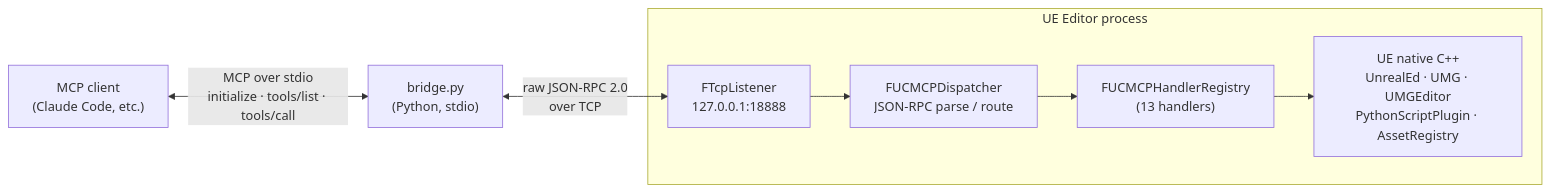
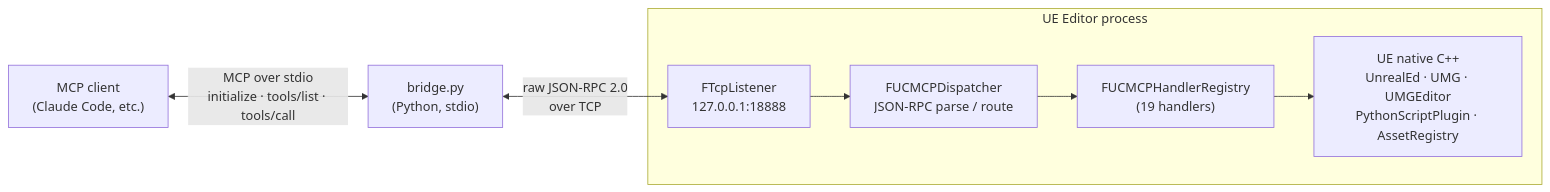
Before and after one commit to daveCode-dot/UnrealClaudeMCP: the first of 2 diagrams in docs/ARCHITECTURE.md, drawn with Mermaid. The commit also changed other lines of this file and 4 other files, not shown here.

````diff
--- a/docs/ARCHITECTURE.md
+++ b/docs/ARCHITECTURE.md
@@ -5,18 +5,18 @@
 ```mermaid
 flowchart LR
     Client["MCP client<br/>(Claude Code, etc.)"]
     Bridge["bridge.py<br/>(Python, stdio)"]
 
     subgraph UE["UE Editor process"]
         TCP["FTcpListener<br/>127.0.0.1:18888"]
         Disp["FUCMCPDispatcher<br/>JSON-RPC parse / route"]
-        Reg["FUCMCPHandlerRegistry<br/>(13 handlers)"]
+        Reg["FUCMCPHandlerRegistry<br/>(19 handlers)"]
         Native["UE native C++<br/>UnrealEd · UMG · UMGEditor<br/>PythonScriptPlugin · AssetRegistry"]
     end
 
     Client <-->|"MCP over stdio<br/>initialize · tools/list · tools/call"| Bridge
     Bridge <-->|"raw JSON-RPC 2.0<br/>over TCP"| TCP
     TCP --> Disp
     Disp --> Reg
     Reg --> Native
 ```
````
